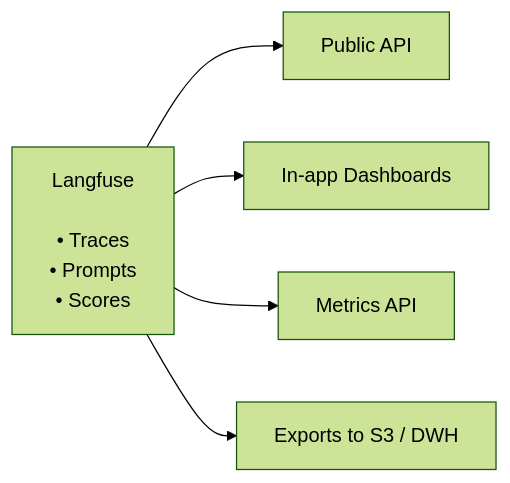
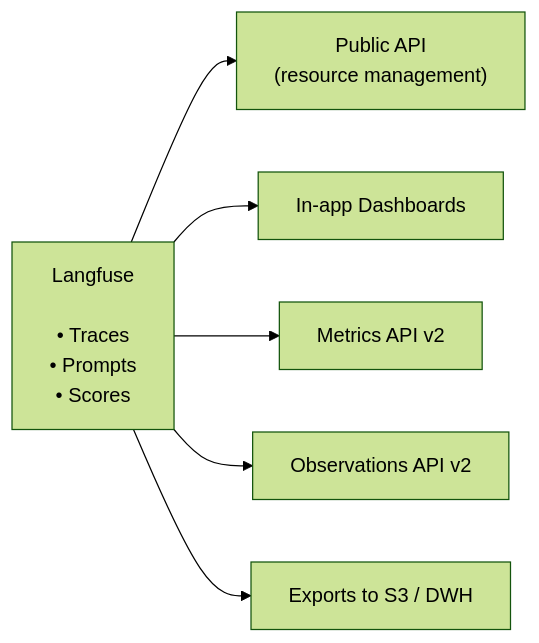
The diagram in content/docs/api-and-data-platform/overview.mdx (langfuse/langfuse-docs), drawn with Mermaid (forest theme) before and after one commit. The commit also changed other lines of this file and 7 other files, not shown here.

````diff
--- a/content/docs/api-and-data-platform/overview.mdx
+++ b/content/docs/api-and-data-platform/overview.mdx
@@ -18,9 +37,10 @@
 ```mermaid
 graph LR
     LF["Langfuse<br/><br/>• Traces<br/>• Prompts<br/>• Scores"]
 
-    LF --> API["Public API"]
+    LF --> API["Public API<br/>(resource management)"]
     LF --> Dash["In-app Dashboards"]
-    LF --> Metrics["Metrics API"]
+    LF --> Metrics["Metrics API v2"]
+    LF --> Observations["Observations API v2"]
     LF --> Export["Exports to S3 / DWH"]
 ```
````
